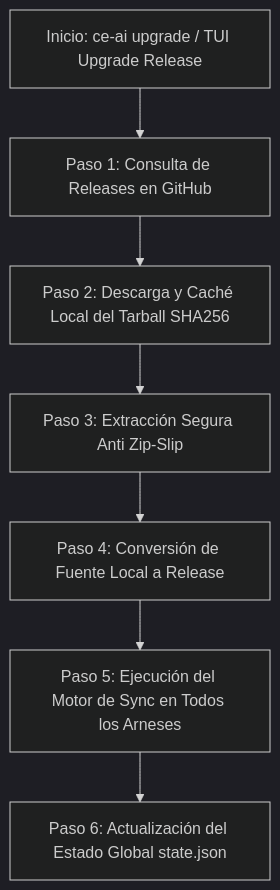
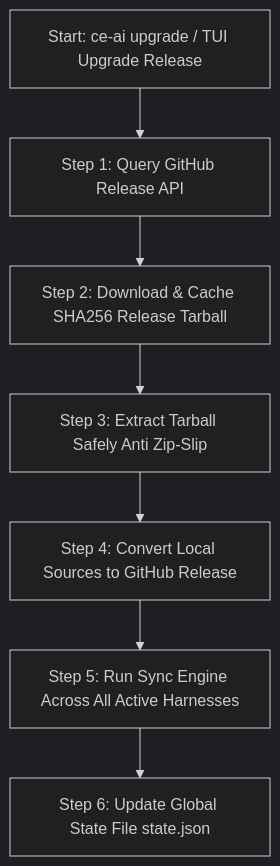
Before and after one commit to mastepanoski/ce-ai: the second of 2 diagrams in docs/user-guide/sync-and-upgrade-mechanisms.md, drawn with Mermaid (dark theme). The commit also changed other lines of this file and 2 other files, not shown here.

Commit message:
docs(guide): translate step-by-step user guides to English

````diff
--- a/docs/user-guide/sync-and-upgrade-mechanisms.md
+++ b/docs/user-guide/sync-and-upgrade-mechanisms.md
@@ -63,9 +63,9 @@
 ```mermaid
 flowchart TD
-    A[Inicio: ce-ai upgrade / TUI Upgrade Release] --> B[Paso 1: Consulta de Releases en GitHub]
-    B --> C[Paso 2: Descarga y Caché Local del Tarball SHA256]
-    C --> D[Paso 3: Extracción Segura Anti Zip-Slip]
-    D --> E[Paso 4: Conversión de Fuente Local a Release]
-    E --> F[Paso 5: Ejecución del Motor de Sync en Todos los Arneses]
-    F --> G[Paso 6: Actualización del Estado Global state.json]
+    A[Start: ce-ai upgrade / TUI Upgrade Release] --> B[Step 1: Query GitHub Release API]
+    B --> C[Step 2: Download & Cache SHA256 Release Tarball]
+    C --> D[Step 3: Extract Tarball Safely Anti Zip-Slip]
+    D --> E[Step 4: Convert Local Sources to GitHub Release]
+    E --> F[Step 5: Run Sync Engine Across All Active Harnesses]
+    F --> G[Step 6: Update Global State File state.json]
 ```
````
